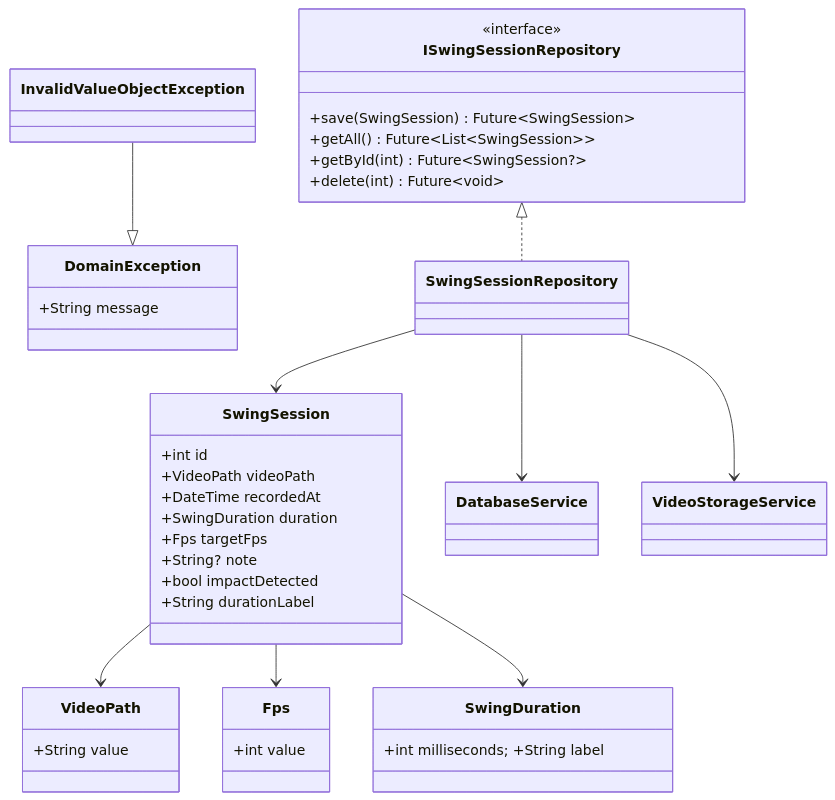
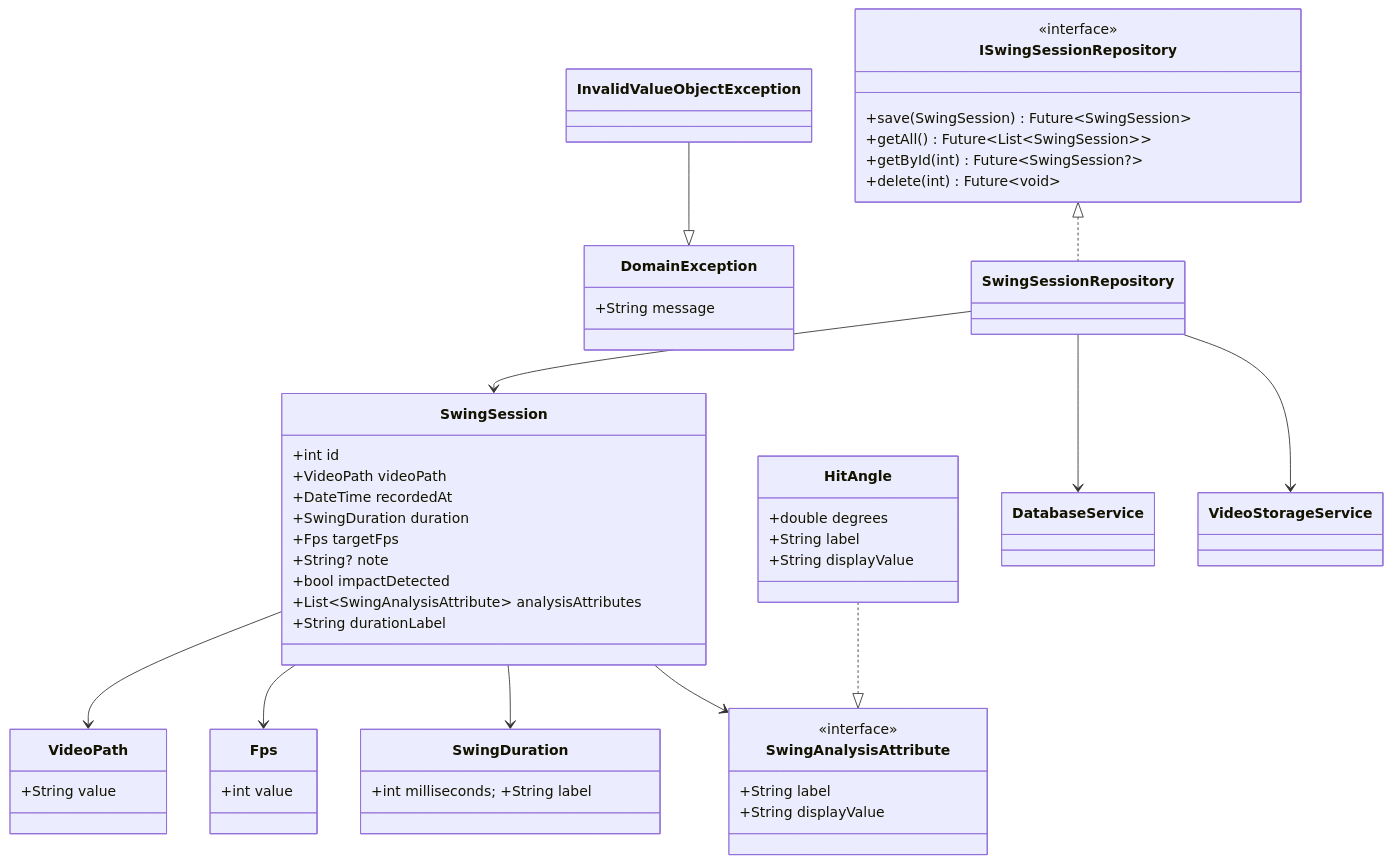
The second of 6 diagrams in docs/design/DESIGN.md (aaandou/GolfSwingAnalyzer), drawn with Mermaid before and after one commit. The commit also changed other lines of this file and 14 other files, not shown here.

First line of the commit message:
Add hit-angle swing analysis with an extensible attribute model

````diff
--- a/docs/design/DESIGN.md
+++ b/docs/design/DESIGN.md
@@ -143,37 +153,50 @@
 ```mermaid
 classDiagram
     class SwingSession {
         +int id
         +VideoPath videoPath
         +DateTime recordedAt
         +SwingDuration duration
         +Fps targetFps
         +String? note
         +bool impactDetected
+        +List~SwingAnalysisAttribute~ analysisAttributes
         +String durationLabel
     }
     class VideoPath { +String value }
     class Fps { +int value }
     class SwingDuration { +int milliseconds; +String label }
+    class SwingAnalysisAttribute {
+        <<interface>>
+        +String label
+        +String displayValue
+    }
+    class HitAngle {
+        +double degrees
+        +String label
+        +String displayValue
+    }
     class DomainException { +String message }
     class InvalidValueObjectException
     class ISwingSessionRepository {
         <<interface>>
         +save(SwingSession) Future~SwingSession~
         +getAll() Future~List~SwingSession~~
         +getById(int) Future~SwingSession?~
         +delete(int) Future~void~
     }
     class SwingSessionRepository
     class DatabaseService
     class VideoStorageService
 
     SwingSession --> VideoPath
     SwingSession --> Fps
     SwingSession --> SwingDuration
+    SwingSession --> SwingAnalysisAttribute
+    HitAngle ..|> SwingAnalysisAttribute
     InvalidValueObjectException --|> DomainException
     ISwingSessionRepository <|.. SwingSessionRepository
     SwingSessionRepository --> DatabaseService
     SwingSessionRepository --> VideoStorageService
     SwingSessionRepository --> SwingSession
 ```
````
